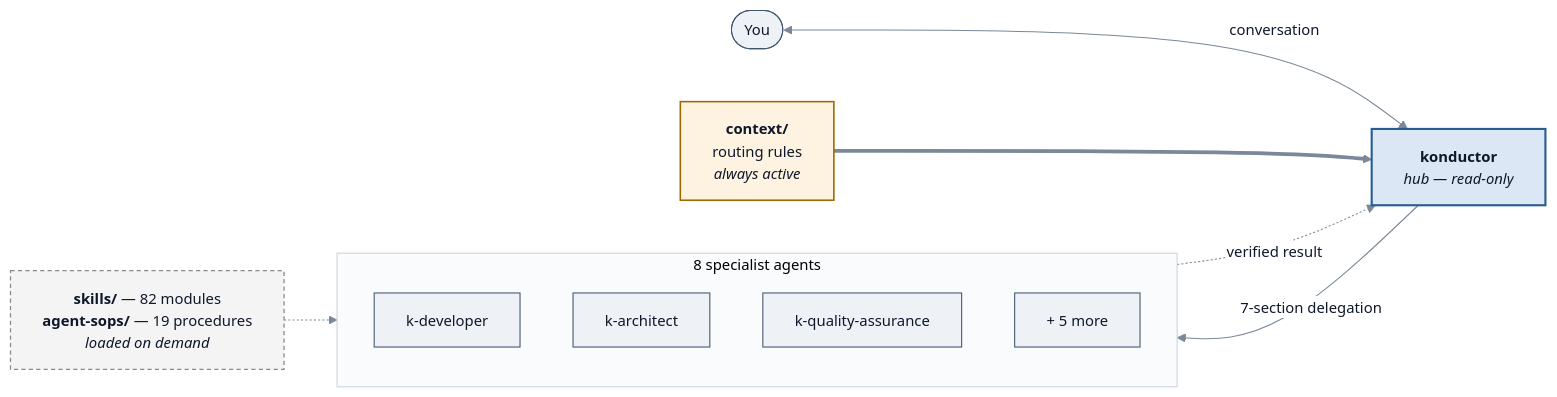
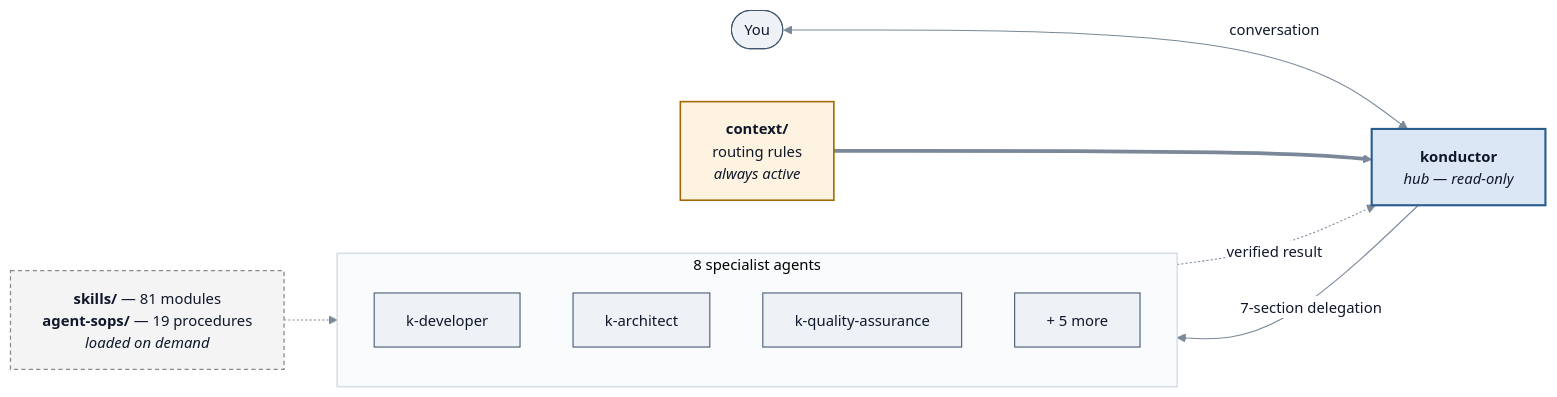
One commit to aws-solutions/konductor changed the diagram in docs/user-guide/concepts.md. Above: the diagram before and after it, drawn with Mermaid. The commit also changed other lines of this file and 23 other files, not shown here.

````diff
--- a/docs/user-guide/concepts.md
+++ b/docs/user-guide/concepts.md
@@ -220,25 +220,25 @@
 ```mermaid
 %%{init:{'theme':'base','themeVariables':{'fontSize':'14px','primaryColor':'#eef2f7','primaryTextColor':'#0f172a','primaryBorderColor':'#40556e','lineColor':'#7a8899','textColor':'#0f172a','edgeLabelBackground':'#ffffff','clusterBkg':'#fafbfc','clusterBorder':'#c9d2dc'}}}%%
 flowchart LR
     User(["You"])
     Ctx["<b>context/</b><br/>routing rules<br/><i>always active</i>"]:::gate
     Orch["<b>konductor</b><br/><i>hub — read-only</i>"]:::focus
-    Store["<b>skills/</b> — 82 modules<br/><b>agent-sops/</b> — 19 procedures<br/><i>loaded on demand</i>"]:::muted
+    Store["<b>skills/</b> — 81 modules<br/><b>agent-sops/</b> — 19 procedures<br/><i>loaded on demand</i>"]:::muted
 
     subgraph Specialists["8 specialist agents"]
         Dev["k-developer"]
         Arch["k-architect"]
         QA["k-quality-assurance"]
         Other["+ 5 more"]
     end
 
     User <-->|"conversation"| Orch
     Ctx ==> Orch
     Orch -->|"7-section delegation"| Specialists
     Specialists -.->|"verified result"| Orch
     Store -.-> Specialists
 
     classDef focus fill:#dbe7f5,stroke:#2a5d8f,stroke-width:2px,color:#0f172a;
     classDef gate fill:#fdf3e0,stroke:#a06800,stroke-width:1.5px,color:#0f172a;
     classDef muted fill:#f4f4f5,stroke:#8a8a8a,stroke-width:1.2px,color:#0f172a,stroke-dasharray:4 3;
 ```
````
